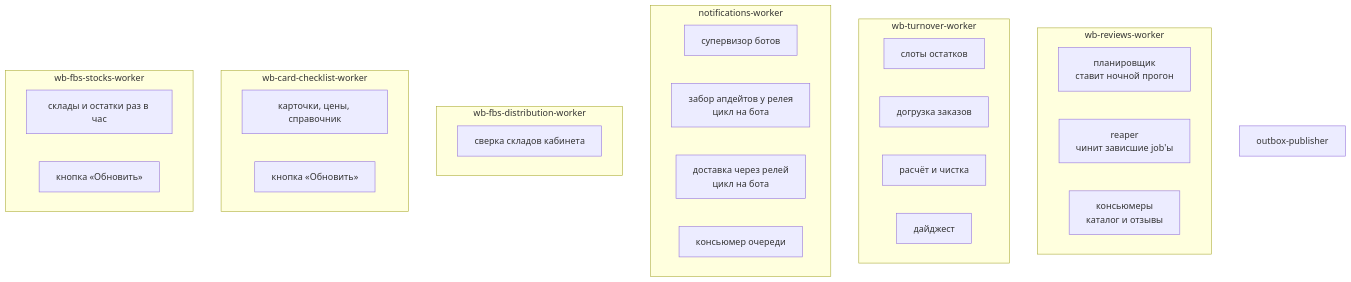
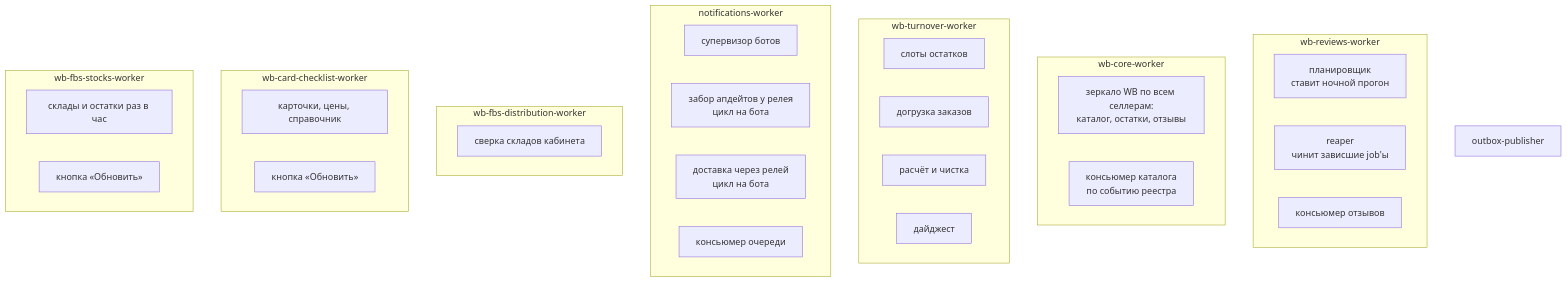
One commit to krionefishy/karbi changed the diagram in docs/architecture/WORKERS.md. Above: the diagram before and after it, drawn with Mermaid. The commit also changed other lines of this file and 33 other files, not shown here.

Commit message:
Собрать зеркало WB в wb_core своим воркером: каталог, остатки и отзывы по всем активным селлерам

````diff
--- a/docs/architecture/WORKERS.md
+++ b/docs/architecture/WORKERS.md
@@ -6,32 +6,36 @@
 ```mermaid
 flowchart TB
     subgraph reviews["wb-reviews-worker"]
         r1["планировщик<br/>ставит ночной прогон"]
         r2["reaper<br/>чинит зависшие job'ы"]
-        r3["консьюмеры<br/>каталог и отзывы"]
+        r3["консьюмер отзывов"]
+    end
+    subgraph core["wb-core-worker"]
+        k1["зеркало WB по всем селлерам:<br/>каталог, остатки, отзывы"]
+        k2["консьюмер каталога<br/>по событию реестра"]
     end
     subgraph turnover["wb-turnover-worker"]
         t1["слоты остатков"]
         t2["догрузка заказов"]
         t3["расчёт и чистка"]
         t4["дайджест"]
     end
     subgraph notify["notifications-worker"]
         n1["супервизор ботов"]
         n2["забор апдейтов у релея<br/>цикл на бота"]
         n3["доставка через релей<br/>цикл на бота"]
         n4["консьюмер очереди"]
     end
     subgraph fbs["wb-fbs-distribution-worker"]
         f1["сверка складов кабинета"]
     end
     subgraph checklist["wb-card-checklist-worker"]
         c1["карточки, цены, справочник"]
         c2["кнопка «Обновить»"]
     end
     subgraph stocks["wb-fbs-stocks-worker"]
         s1["склады и остатки раз в час"]
         s2["кнопка «Обновить»"]
     end
     outbox["outbox-publisher"]
 ```
````
